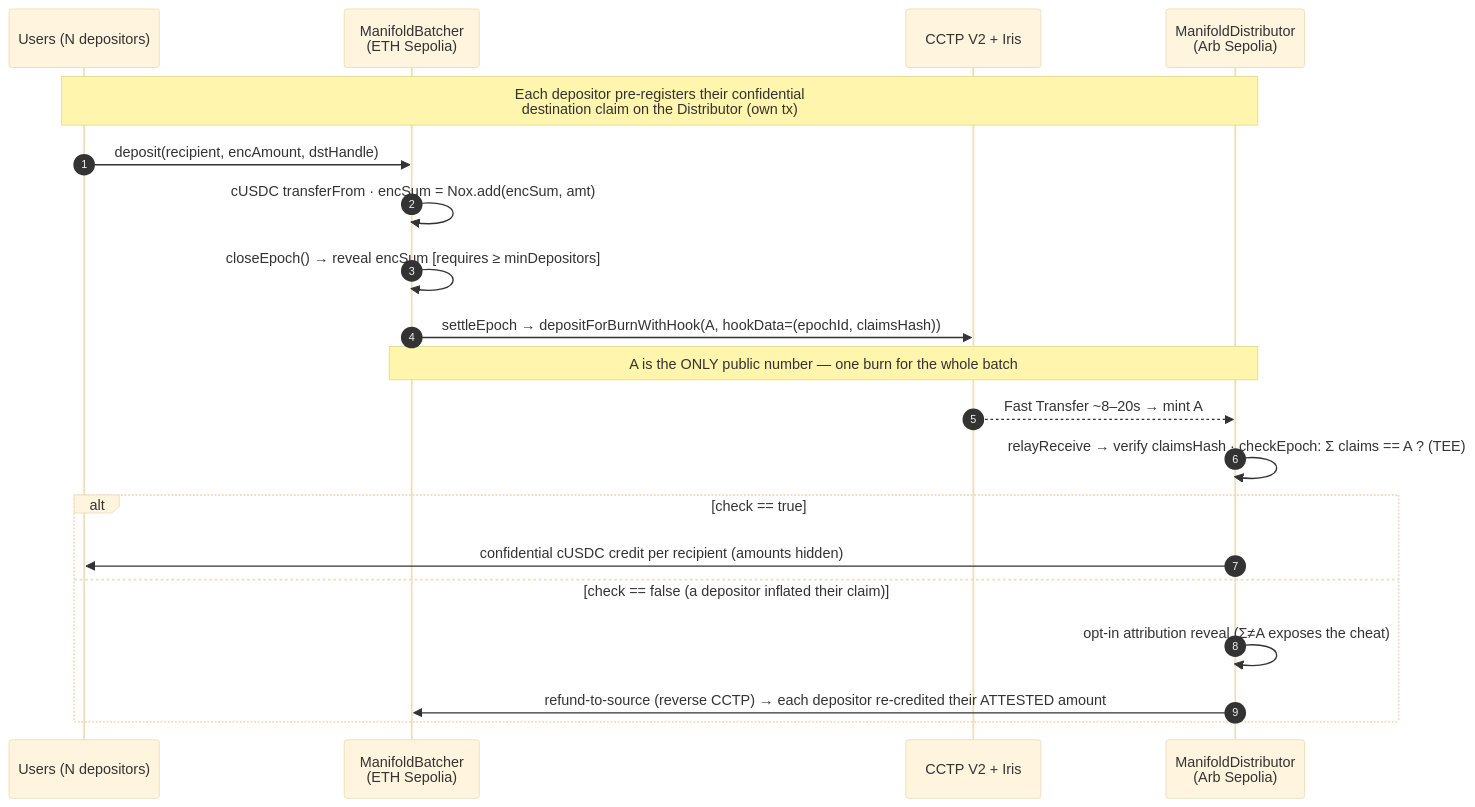
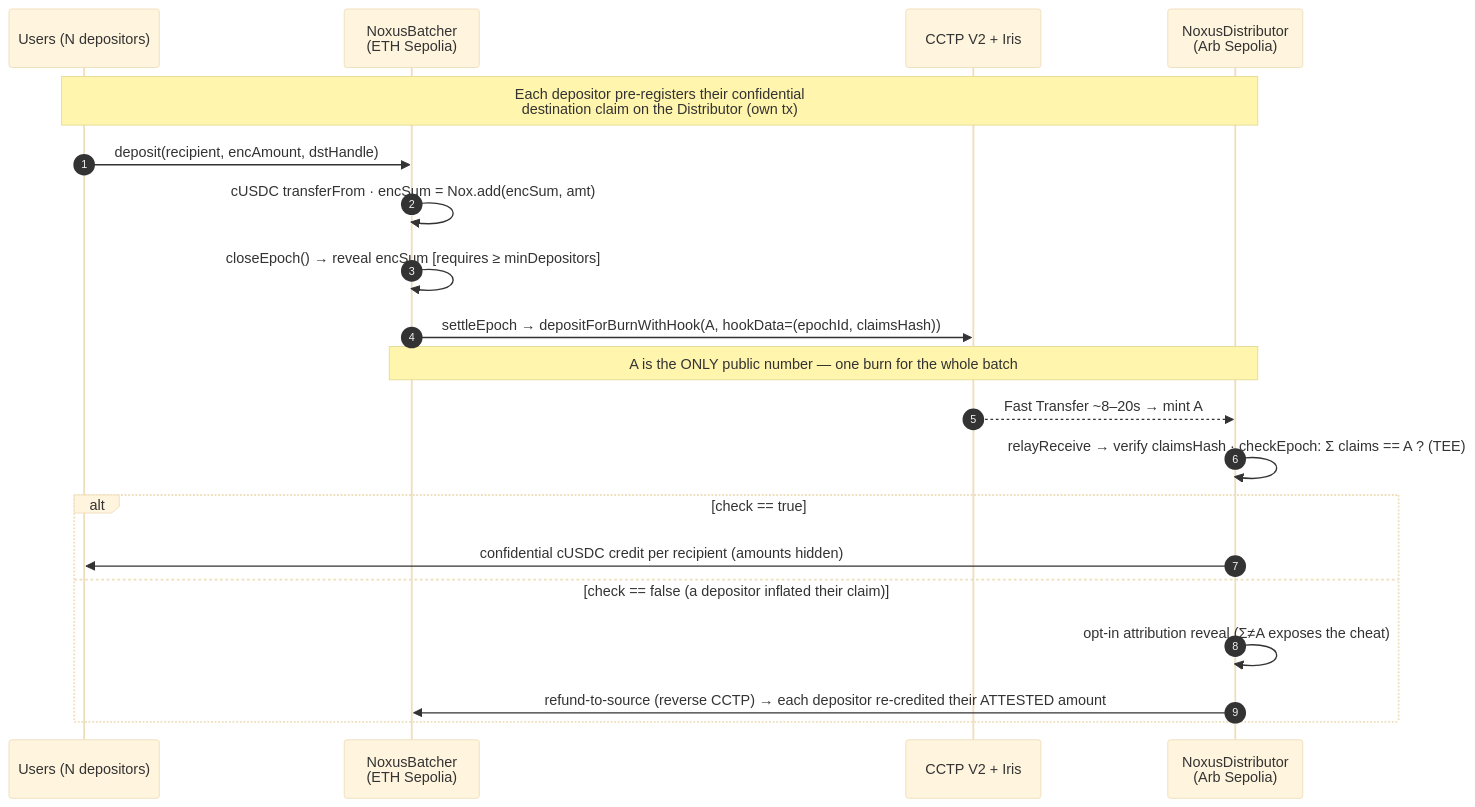
The diagram in README.md (aydi26/iexec_WTF), drawn with Mermaid (base theme) before and after one commit. The commit also changed other lines of this file and 108 other files, not shown here.

First line of the commit message:
Rebrand Manifold -> Noxus + dead-code cleanup + strip emojis

````diff
--- a/README.md
+++ b/README.md
@@ -30,23 +30,23 @@
 ```mermaid
 sequenceDiagram
     autonumber
     participant U as Users (N depositors)
-    participant B as ManifoldBatcher<br/>(ETH Sepolia)
+    participant B as NoxusBatcher<br/>(ETH Sepolia)
     participant C as CCTP V2 + Iris
-    participant D as ManifoldDistributor<br/>(Arb Sepolia)
+    participant D as NoxusDistributor<br/>(Arb Sepolia)
 
     Note over U,D: Each depositor pre-registers their confidential<br/>destination claim on the Distributor (own tx)
     U->>B: deposit(recipient, encAmount, dstHandle)
     B->>B: cUSDC transferFrom · encSum = Nox.add(encSum, amt)
     B->>B: closeEpoch() → reveal encSum  [requires ≥ minDepositors]
     B->>C: settleEpoch → depositForBurnWithHook(A, hookData=(epochId, claimsHash))
     Note over B,D: A is the ONLY public number — one burn for the whole batch
     C-->>D: Fast Transfer ~8–20s → mint A
     D->>D: relayReceive → verify claimsHash · checkEpoch: Σ claims == A ? (TEE)
     alt check == true
         D->>U: confidential cUSDC credit per recipient (amounts hidden)
     else check == false (a depositor inflated their claim)
         D->>D: opt-in attribution reveal (Σ≠A exposes the cheat)
         D->>B: refund-to-source (reverse CCTP) → each depositor re-credited their ATTESTED amount
     end
 ```
````
